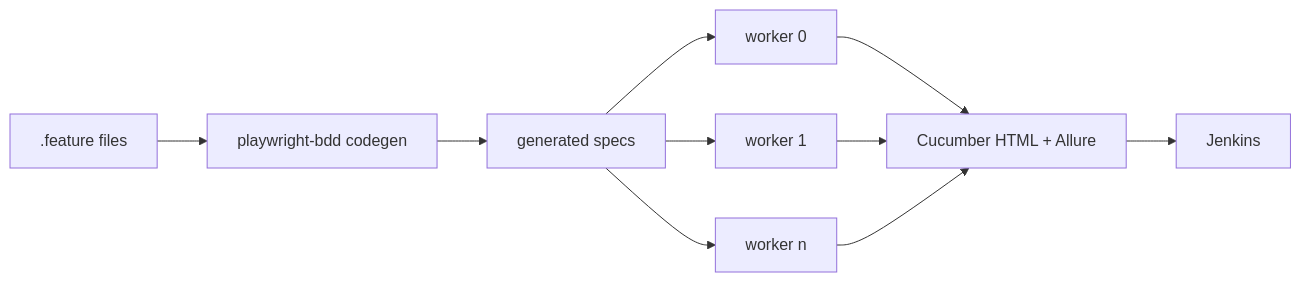
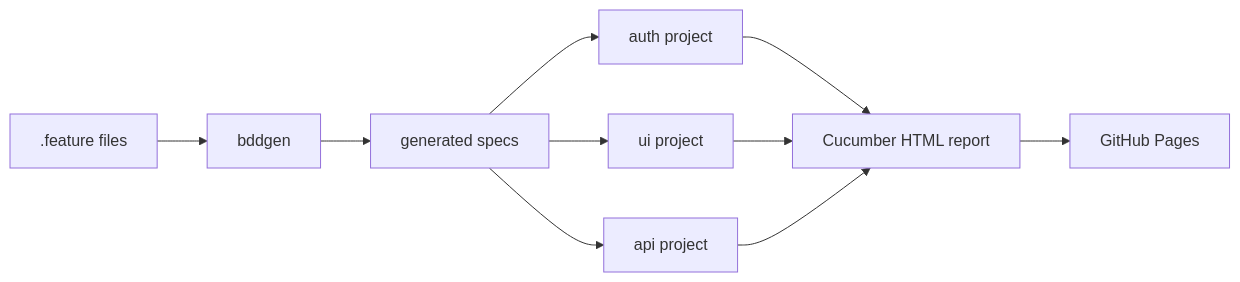
The diagram in README.md (BaranDoganbas/BaranDoganbas), drawn with Mermaid before and after one commit. The commit also changed other lines of this file, not shown here.

First line of the commit message:
Revise README with updated testing details and flowchart

````diff
--- a/README.md
+++ b/README.md
@@ -48,10 +48,10 @@
 ```mermaid
 flowchart LR
-    F[".feature files"] --> G[playwright-bdd codegen]
+    F[".feature files"] --> G[bddgen]
     G --> S[generated specs]
-    S --> W1[worker 0]
-    S --> W2[worker 1]
-    S --> W3[worker n]
-    W1 & W2 & W3 --> R[Cucumber HTML + Allure]
-    R --> J[Jenkins]
+    S --> A[auth project]
+    S --> U[ui project]
+    S --> P[api project]
+    A & U & P --> R[Cucumber HTML report]
+    R --> GP[GitHub Pages]
 ```
````
